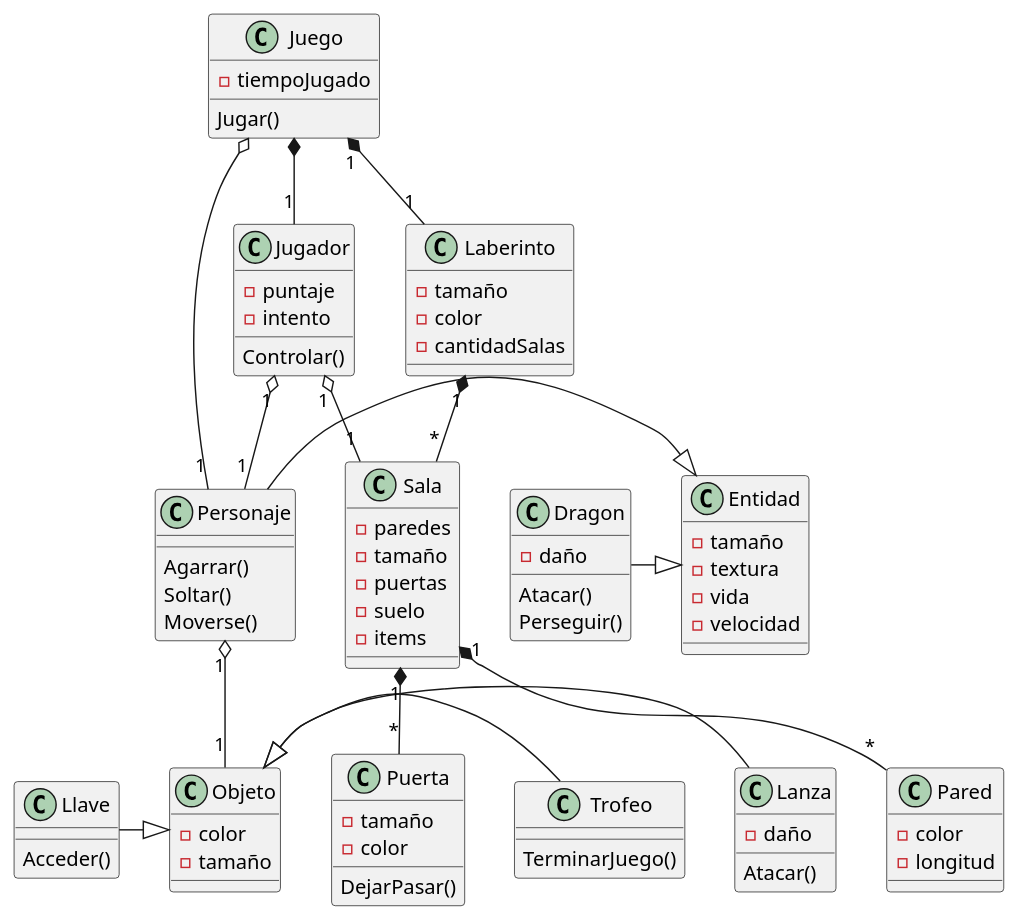
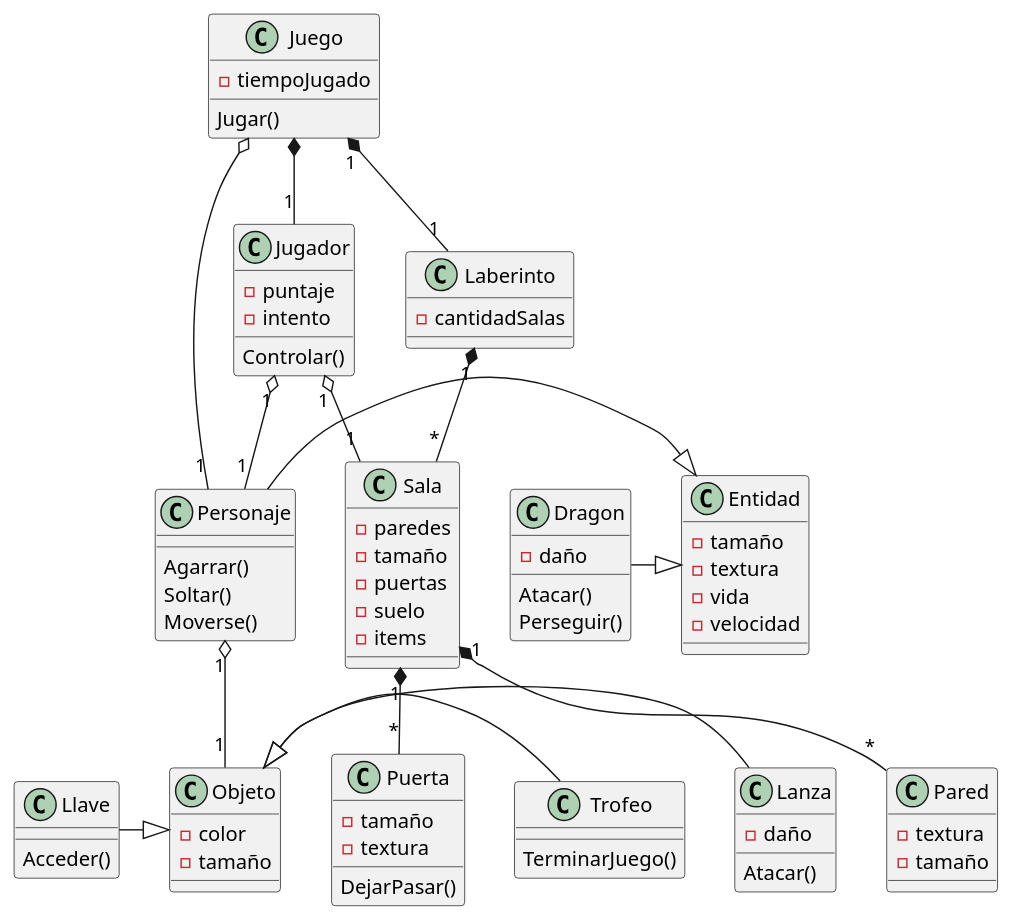
One commit to joseassad13/Adveture_The_Game changed the diagram in docs/adventure.puml. Above: the diagram before and after it, drawn with PlantUML. The commit also changed 12 other files, not shown here.

```diff
--- a/docs/adventure.puml
+++ b/docs/adventure.puml
@@ -1,101 +1,99 @@
 @startuml Adventure
 
 class Juego
 {
     Jugar()
     -tiempoJugado
 }
 class Jugador
 {
     Controlar()
     -puntaje
     -intento
 }
 class Personaje 
 {
     Agarrar()
     Soltar()
     Moverse()
     
 }
 class Objeto{
     -color
     -tamaño
 }
 class Llave
 {
     Acceder()
    
 }
 class Trofeo
 {
     TerminarJuego()
 }
 class Lanza 
 {
     Atacar()
     -daño
 }
 
 class Sala
 {
     -paredes
     -tamaño
     -puertas
     -suelo
     -items
 }
 class Puerta 
 {
     DejarPasar()
     -tamaño 
-    -color
+    -textura
 }
 class Laberinto
 {
-    -tamaño
-    -color
     -cantidadSalas
 }
 class Pared
 {
-    -color
-    -longitud
+    -textura
+    -tamaño
 }
 
 class Dragon
 {
     Atacar()
     Perseguir()
     -daño
    
 }
 
 class Entidad{
     -tamaño
     -textura
     -vida
     -velocidad
 
 }
 
 Jugador "1" o-- "1" Personaje
 Juego *-- "1" Jugador
 Juego o-- "1" Personaje
 
 Llave -|> Objeto
 Trofeo-|> Objeto
 Lanza -|> Objeto
 
 Personaje "1" o-- "1" Objeto
 
 Juego "1" *-- "1"Laberinto
 Laberinto "1" *-- "*"Sala
 Jugador "1" o--"1"Sala
 Sala "1"*-- "*" Puerta
 Sala "1" *-- "*" Pared 
 
 Personaje -|> Entidad
 Dragon -|> Entidad
 
 @enduml
```
